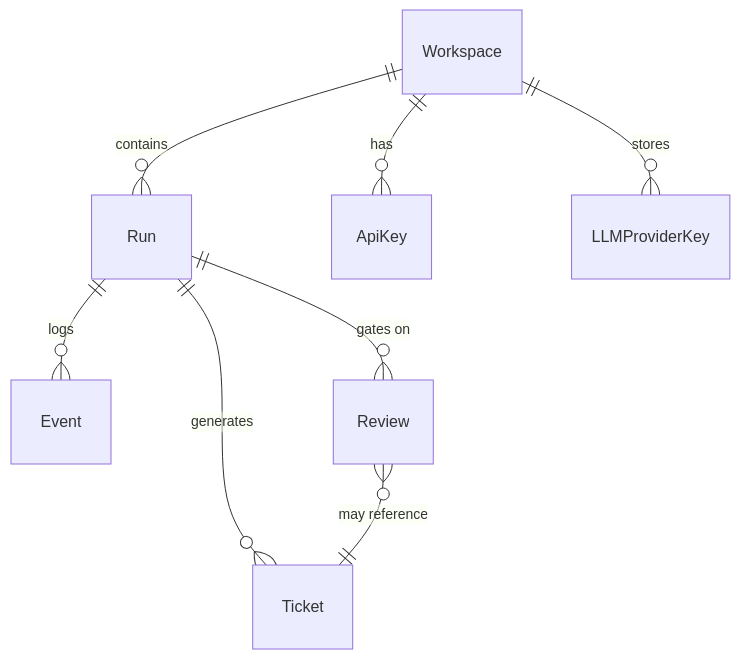
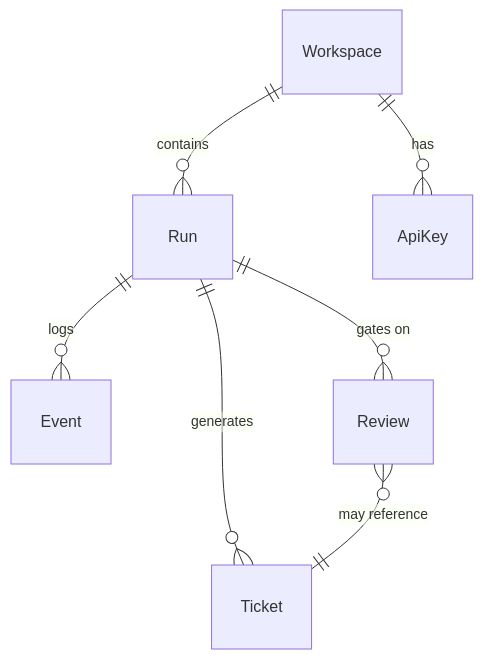
One commit to iagop03/antcrew-docs changed the diagram in docs/platform/index.md. Above: the diagram before and after it, drawn with Mermaid. The commit also changed other lines of this file and 5 other files, not shown here.

````diff
--- a/docs/platform/index.md
+++ b/docs/platform/index.md
@@ -38,10 +38,9 @@
 ```mermaid
 erDiagram
     Workspace ||--o{ Run : "contains"
     Workspace ||--o{ ApiKey : "has"
-    Workspace ||--o{ LLMProviderKey : "stores"
     Run ||--o{ Event : "logs"
     Run ||--o{ Ticket : "generates"
     Run ||--o{ Review : "gates on"
     Review }o--|| Ticket : "may reference"
 ```
````
